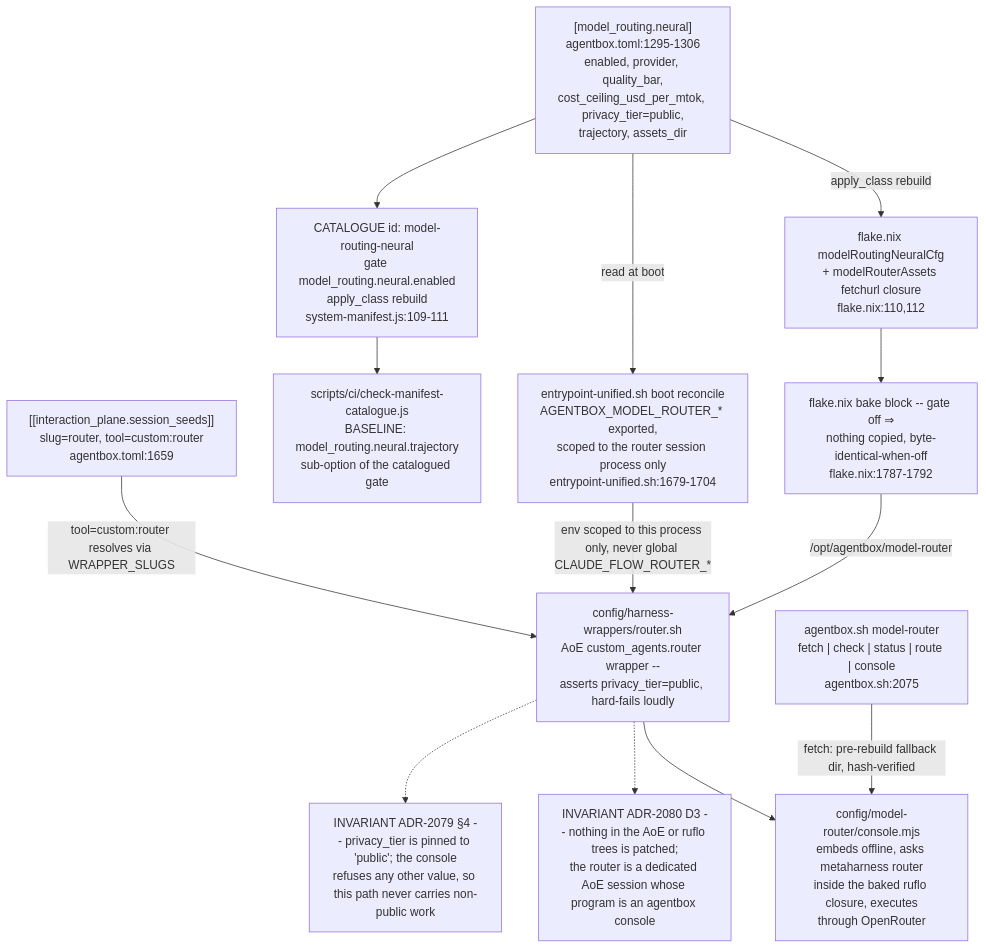
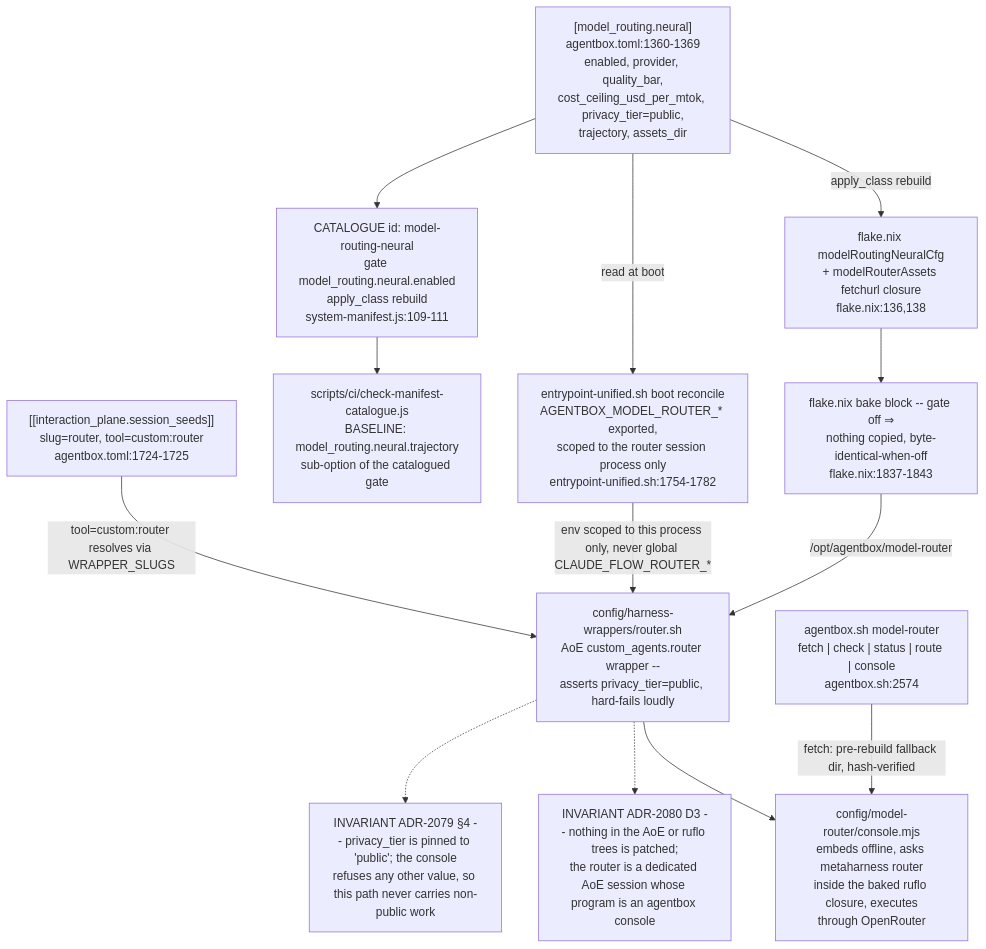
One commit to DreamLab-AI/VisionFlow changed diagram 14 of 14 in docs/diagrams/agentbox/15-capability-gating-spend-consultants.md. Above: the diagram before and after it, drawn with Mermaid. The commit also changed other lines of this file and 136 other files, not shown here.

First line of the commit message:
docs(diagrams): refresh the whole corpus to code HEAD and prune low-value diagrams

````diff
--- a/docs/diagrams/agentbox/15-capability-gating-spend-consultants.md
+++ b/docs/diagrams/agentbox/15-capability-gating-spend-consultants.md
@@ -698,29 +713,29 @@
 ```mermaid
 flowchart TD
-    T["[model_routing.neural]<br/>agentbox.toml:1295-1306<br/>enabled, provider, quality_bar,<br/>cost_ceiling_usd_per_mtok, privacy_tier=public,<br/>trajectory, assets_dir"]
-    SEED["[[interaction_plane.session_seeds]]<br/>slug=router, tool=custom:router<br/>agentbox.toml:1659"]
+    T["[model_routing.neural]<br/>agentbox.toml:1360-1369<br/>enabled, provider, quality_bar,<br/>cost_ceiling_usd_per_mtok, privacy_tier=public,<br/>trajectory, assets_dir"]
+    SEED["[[interaction_plane.session_seeds]]<br/>slug=router, tool=custom:router<br/>agentbox.toml:1724-1725"]
     CAT["CATALOGUE id: model-routing-neural<br/>gate model_routing.neural.enabled<br/>apply_class rebuild<br/>system-manifest.js:109-111"]
-    NIX["flake.nix modelRoutingNeuralCfg<br/>+ modelRouterAssets fetchurl closure<br/>flake.nix:110,112"]
-    BAKE["flake.nix bake block -- gate off ⇒<br/>nothing copied, byte-identical-when-off<br/>flake.nix:1787-1792"]
-    ENTRY["entrypoint-unified.sh boot reconcile<br/>AGENTBOX_MODEL_ROUTER_* exported,<br/>scoped to the router session process only<br/>entrypoint-unified.sh:1679-1704"]
+    NIX["flake.nix modelRoutingNeuralCfg<br/>+ modelRouterAssets fetchurl closure<br/>flake.nix:136,138"]
+    BAKE["flake.nix bake block -- gate off ⇒<br/>nothing copied, byte-identical-when-off<br/>flake.nix:1837-1843"]
+    ENTRY["entrypoint-unified.sh boot reconcile<br/>AGENTBOX_MODEL_ROUTER_* exported,<br/>scoped to the router session process only<br/>entrypoint-unified.sh:1754-1782"]
     WRAP["config/harness-wrappers/router.sh<br/>AoE custom_agents.router wrapper --<br/>asserts privacy_tier=public, hard-fails loudly"]
     CONSOLE["config/model-router/console.mjs<br/>embeds offline, asks metaharness router<br/>inside the baked ruflo closure, executes<br/>through OpenRouter"]
-    CLI["agentbox.sh model-router<br/>fetch #124; check #124; status #124; route #124; console<br/>agentbox.sh:2075"]
+    CLI["agentbox.sh model-router<br/>fetch #124; check #124; status #124; route #124; console<br/>agentbox.sh:2574"]
     CATCHECK["scripts/ci/check-manifest-catalogue.js<br/>BASELINE: model_routing.neural.trajectory<br/>sub-option of the catalogued gate"]
 
     T -->|"apply_class rebuild"| NIX
     NIX --> BAKE
     BAKE -->|"/opt/agentbox/model-router"| WRAP
     T -->|"read at boot"| ENTRY
     ENTRY -->|"env scoped to this process only, never global CLAUDE_FLOW_ROUTER_*"| WRAP
     SEED -->|"tool=custom:router resolves via WRAPPER_SLUGS"| WRAP
     WRAP --> CONSOLE
     CLI -->|"fetch: pre-rebuild fallback dir, hash-verified"| CONSOLE
     T --> CAT
     CAT --> CATCHECK
 
     NOTE1["INVARIANT ADR-2080 D3 -- nothing in the AoE or ruflo trees is patched;<br/>the router is a dedicated AoE session whose program is an agentbox console"]
     NOTE2["INVARIANT ADR-2079 §4 -- privacy_tier is pinned to 'public'; the console<br/>refuses any other value, so this path never carries non-public work"]
     WRAP -.-> NOTE1
     WRAP -.-> NOTE2
 ```
````
